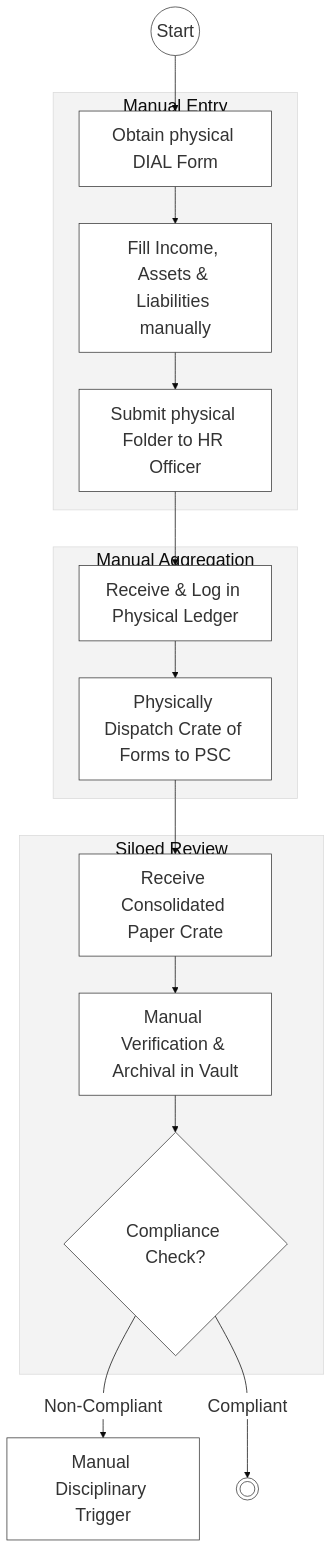
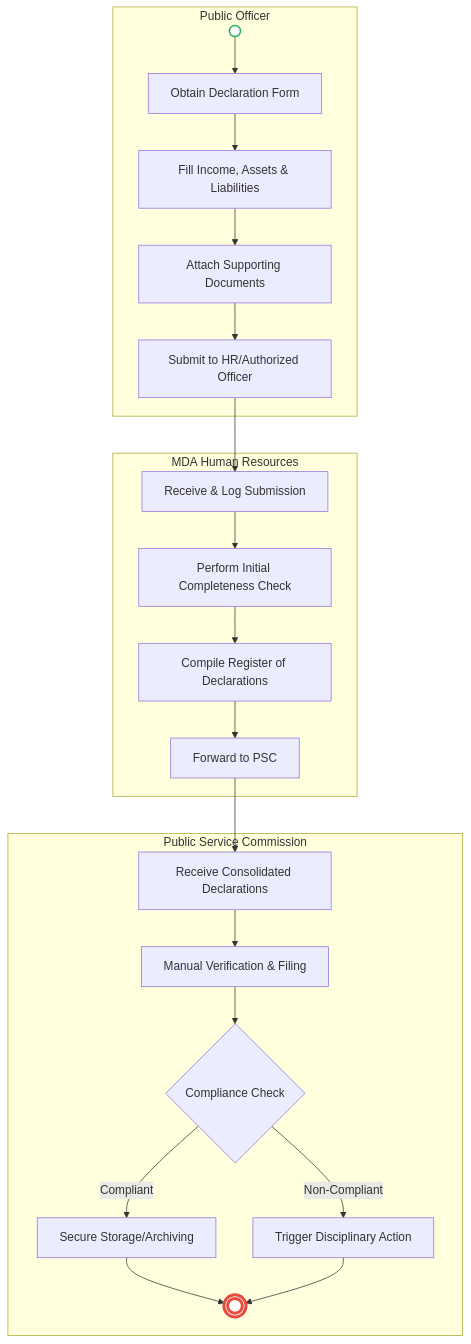
Before and after one commit to BITZ-IT-Consulting-LTD/ictapoc: the first of 2 diagrams in mdas/docs_final/priority_mdas/Public_Service_Commission___Service_Delivery.md, drawn with Mermaid. The commit also changed other lines of this file and 90 other files, not shown here.

````diff
--- a/mdas/docs_final/priority_mdas/Public_Service_Commission___Service_Delivery.md
+++ b/mdas/docs_final/priority_mdas/Public_Service_Commission___Service_Delivery.md
@@ -76,24 +31,29 @@
 ```mermaid
-%%{init: { 'theme': 'base', 'themeVariables': { 'fontSize': '24px', 'fontFamily': 'Inter, system-ui, sans-serif', 'primaryColor': '#ffffff', 'edgeLabelBackground':'#ffffff', 'tertiaryColor': '#f3f3f3', 'mainBkg': '#ffffff', 'nodeBorder': '#333333' } } }%%
 flowchart TD
-    Start((Start)) --> A1[Obtain physical DIAL Form]
-    
-    subgraph Officer_Submission["Manual Entry"]
-        A1 --> A2[Fill Income, Assets & Liabilities manually]
-        A2 --> A3[Submit physical Folder to HR Officer]
+    subgraph Officer["Public Officer"]
+        Start(( )) --> A1[Obtain Declaration Form]
+        A1 --> A2[Fill Income, Assets & Liabilities]
+        A2 --> A3[Attach Supporting Documents]
+        A3 --> A4[Submit to HR/Authorized Officer]
     end
 
-    subgraph MDA_HR_Silo["Manual Aggregation"]
-        A3 --> B1[Receive & Log in Physical Ledger]
-        B1 --> B2[Physically Dispatch Crate of Forms to PSC]
+    subgraph MDA_HR["MDA Human Resources"]
+        A4 --> B1[Receive & Log Submission]
+        B1 --> B2[Perform Initial Completeness Check]
+        B2 --> B3[Compile Register of Declarations]
+        B3 --> B4[Forward to PSC]
     end
 
-    subgraph PSC_Registry["Siloed Review"]
-        B2 --> C1[Receive Consolidated Paper Crate]
-        C1 --> C2[Manual Verification & Archival in Vault]
-        C2 --> C3{Compliance Check?}
+    subgraph PSC["Public Service Commission"]
+        B4 --> C1[Receive Consolidated Declarations]
+        C1 --> C2[Manual Verification & Filing]
+        C2 --> C3{Compliance Check}
+        C3 -- Non-Compliant --> C4[Trigger Disciplinary Action]
+        C3 -- Compliant --> C5[Secure Storage/Archiving]
+        C5 --> End((( )))
+        C4 --> End
     end
 
-    C3 -- Non-Compliant --> C4[Manual Disciplinary Trigger]
-    C3 -- Compliant --> End((( )))
+    style Start fill:#fff,stroke:#27ae60,stroke-width:2px
+    style End fill:#fff,stroke:#e74c3c,stroke-width:4px
 ```
````
